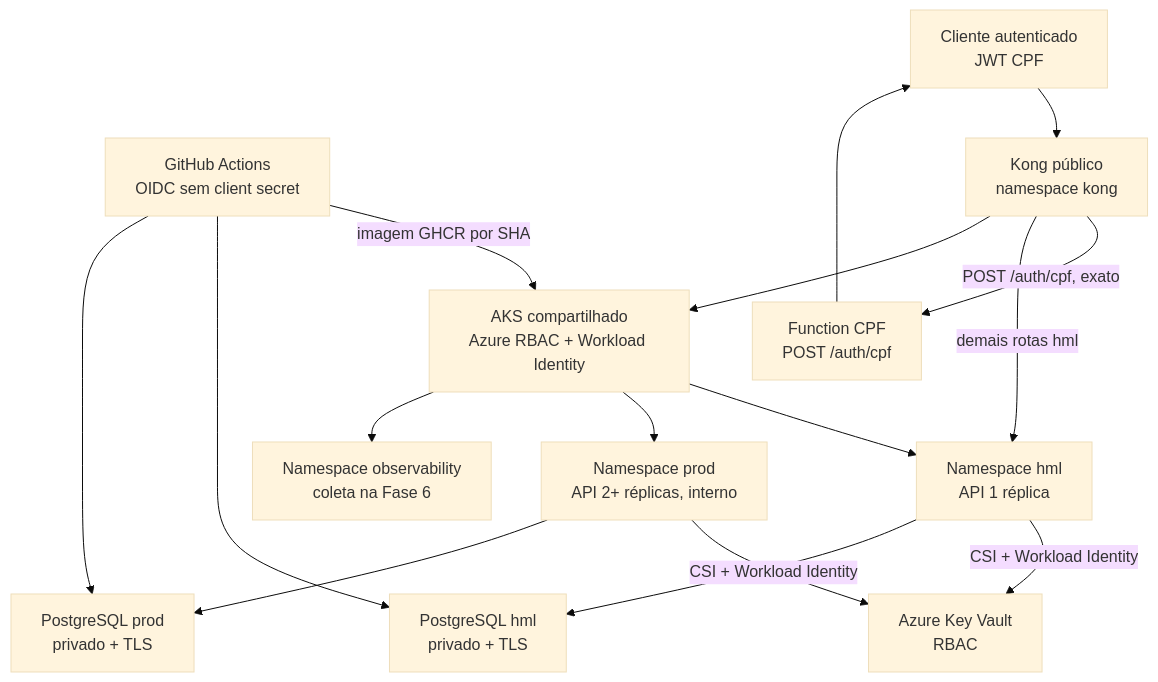
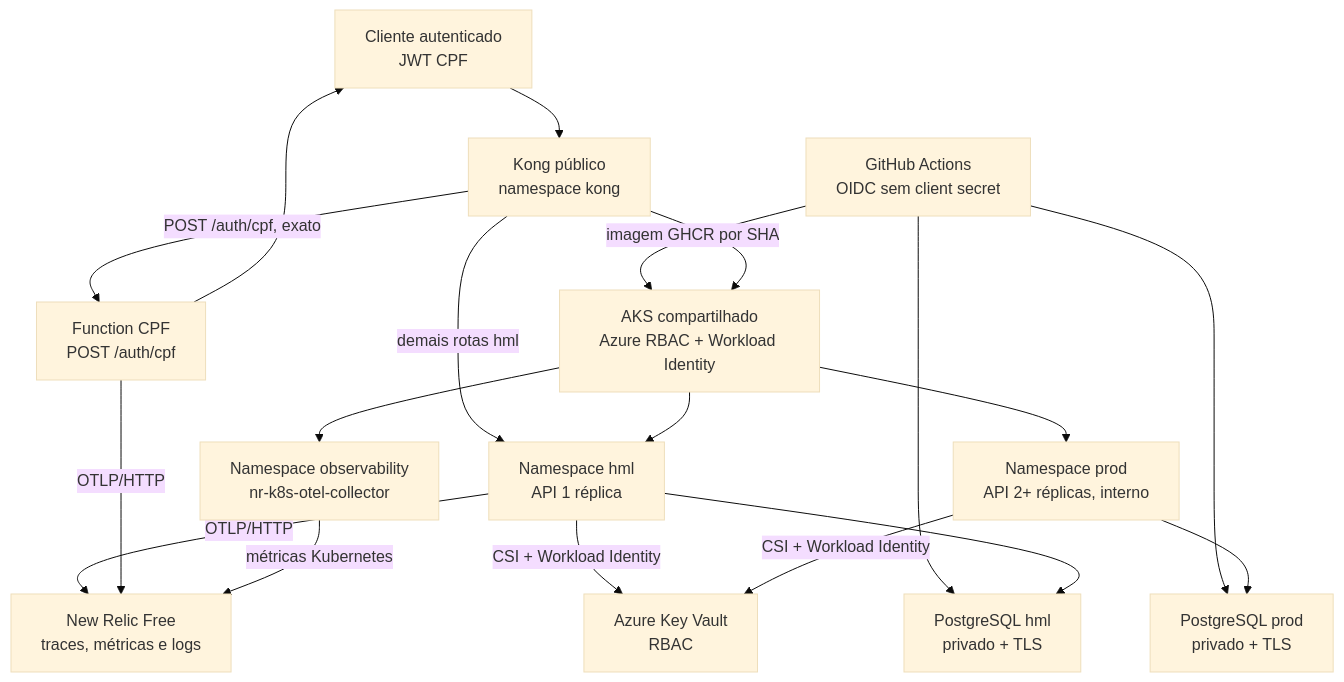
One commit to JoaoGW/soat-api changed the second of 2 diagrams in docs/architecture/README.md. Above: the diagram before and after it, drawn with Mermaid (base theme). The commit also changed other lines of this file, not shown here.

````diff
--- a/docs/architecture/README.md
+++ b/docs/architecture/README.md
@@ -34,30 +34,34 @@
 ```mermaid
 flowchart TB
     CLIENTE[Cliente autenticado\nJWT CPF]
     GH[GitHub Actions\nOIDC sem client secret]
     AKS[AKS compartilhado\nAzure RBAC + Workload Identity]
     KONG[Kong público\nnamespace kong]
     FUNCTION[Function CPF\nPOST /auth/cpf]
     HML[Namespace hml\nAPI 1 réplica]
     PROD[Namespace prod\nAPI 2+ réplicas, interno]
-    OBS[Namespace observability\ncoleta na Fase 6]
+    OBS[Namespace observability\nnr-k8s-otel-collector]
+    NR[New Relic Free\ntraces, métricas e logs]
     KV[Azure Key Vault\nRBAC]
     PGHML[PostgreSQL hml\nprivado + TLS]
     PGPROD[PostgreSQL prod\nprivado + TLS]
 
     CLIENTE --> KONG
     KONG -->|POST /auth/cpf, exato| FUNCTION
     KONG -->|demais rotas hml| HML
     FUNCTION --> CLIENTE
     GH -->|imagem GHCR por SHA| AKS
     GH --> PGHML
     GH --> PGPROD
     KONG --> AKS
     AKS --> HML
     AKS --> PROD
     AKS --> OBS
     HML -->|CSI + Workload Identity| KV
     PROD -->|CSI + Workload Identity| KV
     HML --> PGHML
     PROD --> PGPROD
+    HML -->|OTLP/HTTP| NR
+    FUNCTION -->|OTLP/HTTP| NR
+    OBS -->|métricas Kubernetes| NR
 ```
````
